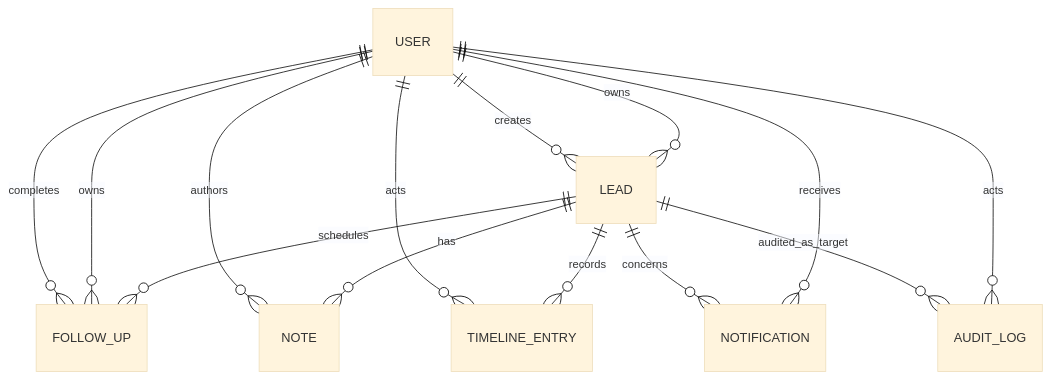
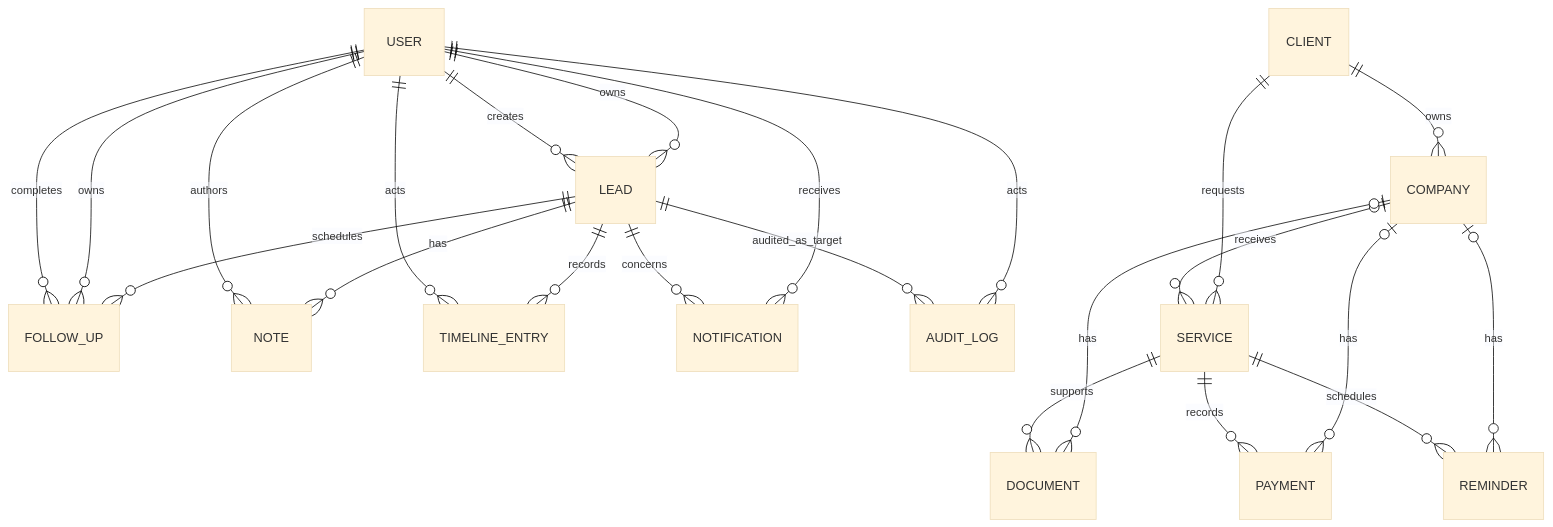
One commit to Akashgupta-webdev/operia-business-server changed the diagram in docs/03-database/er-diagram.md. Above: the diagram before and after it, drawn with Mermaid (base theme). The commit also changed other lines of this file and 28 other files, not shown here.

````diff
--- a/docs/03-database/er-diagram.md
+++ b/docs/03-database/er-diagram.md
@@ -5,16 +5,25 @@
 ```mermaid
 erDiagram
     USER ||--o{ LEAD : owns
     USER ||--o{ LEAD : creates
     LEAD ||--o{ FOLLOW_UP : schedules
     USER ||--o{ FOLLOW_UP : owns
     USER ||--o{ FOLLOW_UP : completes
     LEAD ||--o{ NOTE : has
     USER ||--o{ NOTE : authors
     LEAD ||--o{ TIMELINE_ENTRY : records
     USER ||--o{ TIMELINE_ENTRY : acts
     USER ||--o{ NOTIFICATION : receives
     LEAD ||--o{ NOTIFICATION : concerns
     USER ||--o{ AUDIT_LOG : acts
     LEAD ||--o{ AUDIT_LOG : audited_as_target
+    CLIENT ||--o{ COMPANY : owns
+    CLIENT ||--o{ SERVICE : requests
+    COMPANY o|--o{ SERVICE : receives
+    COMPANY o|--o{ DOCUMENT : has
+    COMPANY o|--o{ PAYMENT : has
+    COMPANY o|--o{ REMINDER : has
+    SERVICE ||--o{ DOCUMENT : supports
+    SERVICE ||--o{ PAYMENT : records
+    SERVICE ||--o{ REMINDER : schedules
 ```
````
